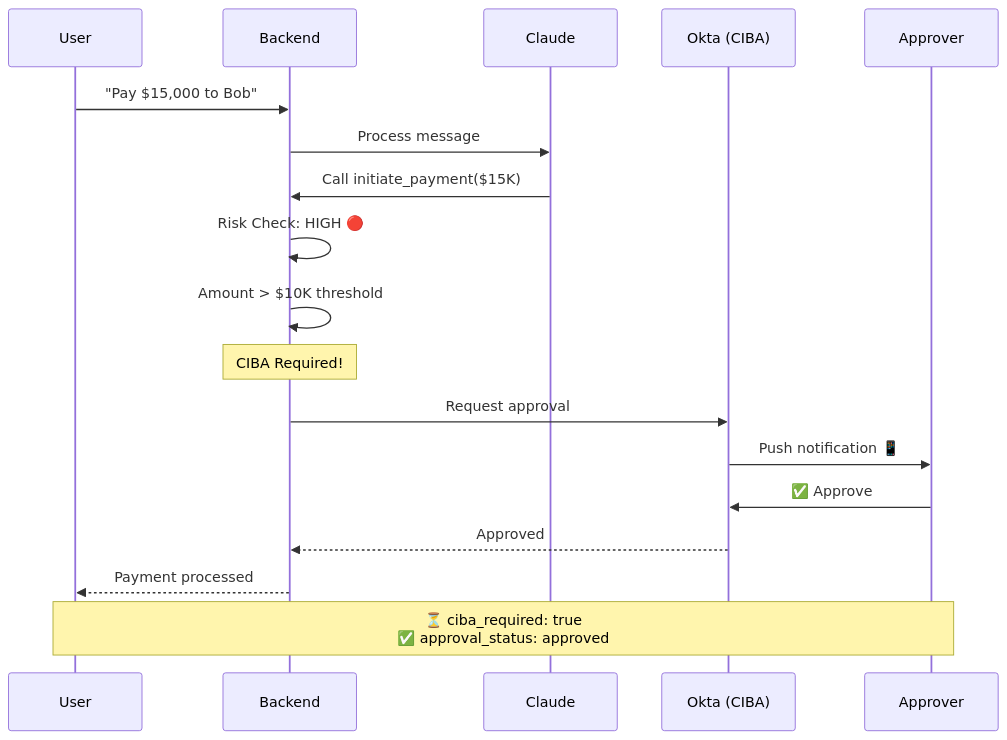
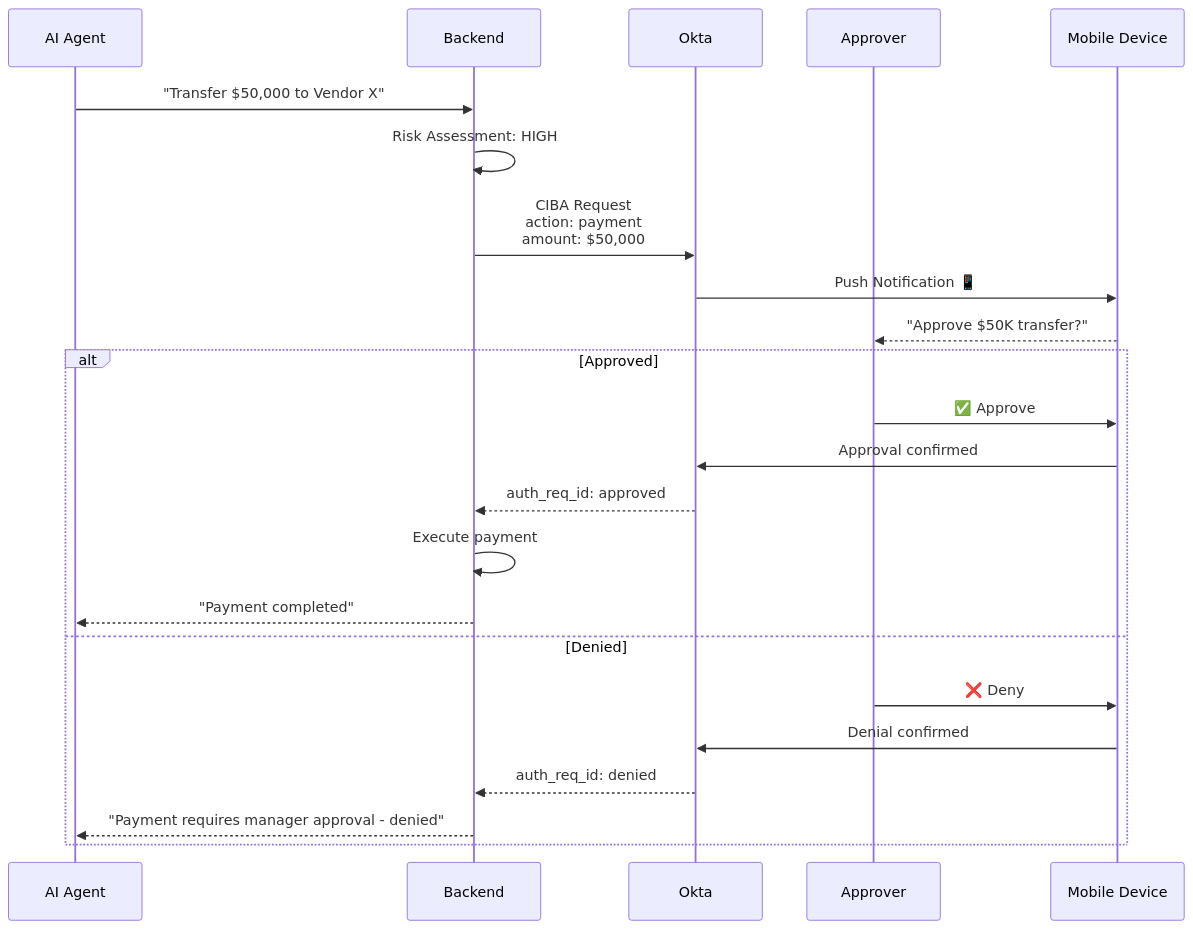
The sixth of 12 diagrams in DOCUMENTATION.md (kunkol/okta-ai-agent-demo), drawn with Mermaid before and after one commit. The commit also changed other lines of this file, not shown here.

````diff
--- a/DOCUMENTATION.md
+++ b/DOCUMENTATION.md
@@ -355,22 +201,27 @@
 ```mermaid
 sequenceDiagram
-    participant U as User
-    participant B as Backend
-    participant C as Claude
-    participant O as Okta (CIBA)
-    participant A as Approver
+    participant Agent as AI Agent
+    participant Backend as Backend
+    participant Okta as Okta
+    participant Manager as Approver
+    participant Phone as Mobile Device
+
+    Agent->>Backend: "Transfer $50,000 to Vendor X"
+    Backend->>Backend: Risk Assessment: HIGH
+    Backend->>Okta: CIBA Request<br/>action: payment<br/>amount: $50,000
+    Okta->>Phone: Push Notification 📱
+    Phone-->>Manager: "Approve $50K transfer?"
     
-    U->>B: "Pay $15,000 to Bob"
-    B->>C: Process message
-    C->>B: Call initiate_payment($15K)
-    B->>B: Risk Check: HIGH 🔴
-    B->>B: Amount > $10K threshold
-    Note over B: CIBA Required!
-    B->>O: Request approval
-    O->>A: Push notification 📱
-    A->>O: ✅ Approve
-    O-->>B: Approved
-    B-->>U: Payment processed
-    
-    Note over U,A: ⏳ ciba_required: true<br/>✅ approval_status: approved
+    alt Approved
+        Manager->>Phone: ✅ Approve
+        Phone->>Okta: Approval confirmed
+        Okta-->>Backend: auth_req_id: approved
+        Backend->>Backend: Execute payment
+        Backend-->>Agent: "Payment completed"
+    else Denied
+        Manager->>Phone: ❌ Deny
+        Phone->>Okta: Denial confirmed
+        Okta-->>Backend: auth_req_id: denied
+        Backend-->>Agent: "Payment requires manager approval - denied"
+    end
 ```
````
